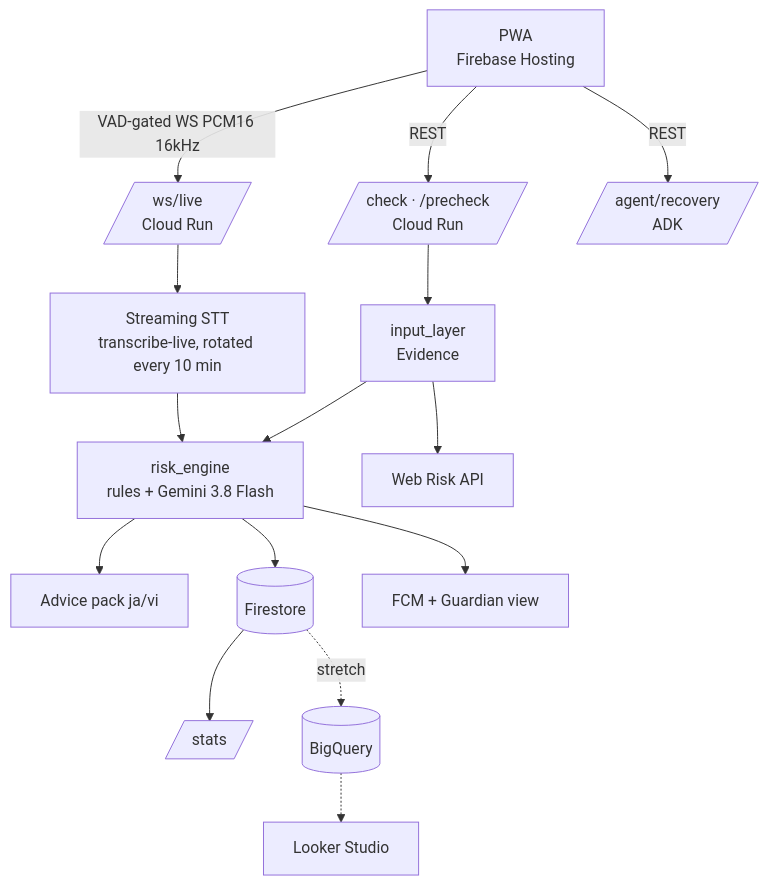
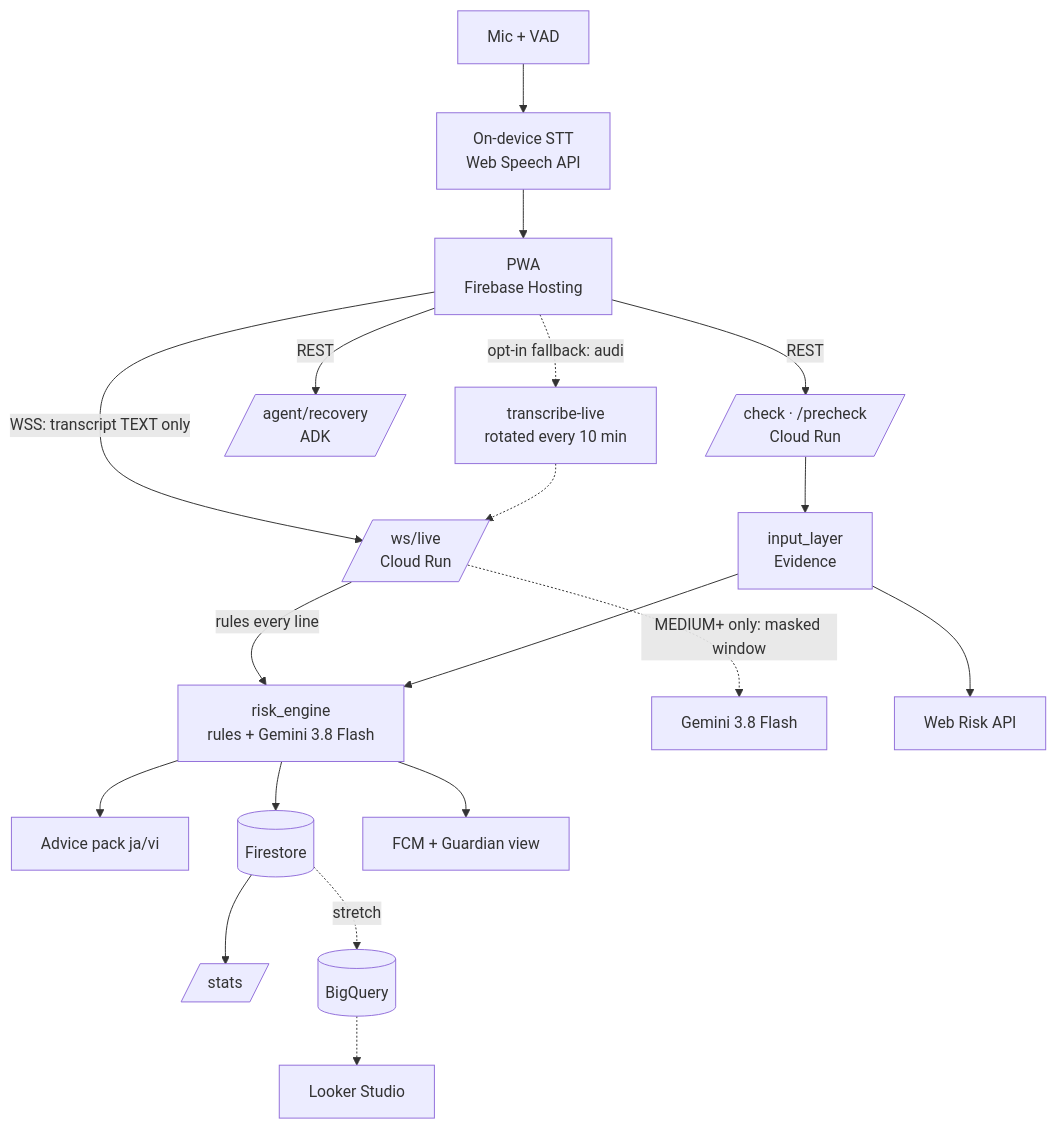
Before and after one commit to TinNV4/sagi-shield: the first of 2 diagrams in docs/PLAN.md, drawn with Mermaid. The commit also changed other lines of this file and 8 other files, not shown here.

First line of the commit message:
Privacy-first Live Guard: on-device STT, text-only /ws/live, plan v3.2

````diff
--- a/docs/PLAN.md
+++ b/docs/PLAN.md
@@ -131,16 +145,19 @@
 ```mermaid
 flowchart TD
-  U[PWA<br/>Firebase Hosting] -->|VAD-gated WS PCM16 16kHz| L[/ws/live<br/>Cloud Run/]
+  MIC[Mic + VAD] --> OSTT[On-device STT<br/>Web Speech API]
+  OSTT --> U
+  U[PWA<br/>Firebase Hosting] -->|WSS: transcript TEXT only| L[/ws/live<br/>Cloud Run/]
   U -->|REST| C[/check · /precheck<br/>Cloud Run/]
   U -->|REST| AG[/agent/recovery<br/>ADK/]
-  L --> STT[Streaming STT<br/>transcribe-live, rotated every 10 min]
-  STT --> E
+  L -->|rules every line| E
+  L -.MEDIUM+ only: masked window.-> G[Gemini 3.8 Flash]
+  U -.opt-in fallback: audio.-> STT[transcribe-live<br/>rotated every 10 min] -.-> L
   C --> IN[input_layer<br/>Evidence]
   IN --> E[risk_engine<br/>rules + Gemini 3.8 Flash]
   E --> ADV[Advice pack ja/vi]
   E --> FS[(Firestore)]
   FS --> ST[/stats/]
   FS -.stretch.-> BQ[(BigQuery)] -.-> LS[Looker Studio]
   E --> FCM[FCM + Guardian view]
   IN --> WR[Web Risk API]
 ```
````
